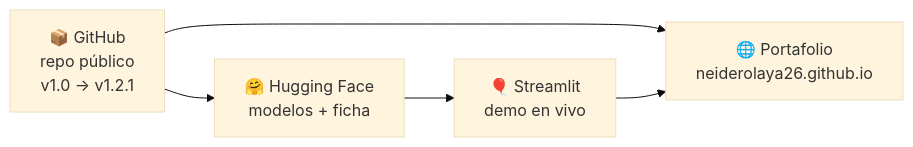
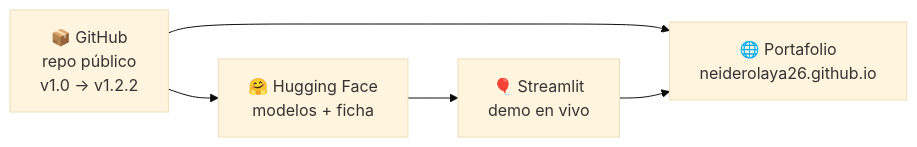
The fifth of 5 diagrams in docs/guia.md (neiderolaya26/credit-risk-agent-lab), drawn with Mermaid (base theme) before and after one commit. The commit also changed other lines of this file and 4 other files, not shown here.

````diff
--- a/docs/guia.md
+++ b/docs/guia.md
@@ -367,7 +367,7 @@
 ```mermaid
 flowchart LR
-    R["📦 GitHub<br/>repo público<br/>v1.0 → v1.2.1"] --> HF["🤗 Hugging Face<br/>modelos + ficha"]
+    R["📦 GitHub<br/>repo público<br/>v1.0 → v1.2.2"] --> HF["🤗 Hugging Face<br/>modelos + ficha"]
     HF --> ST["🎈 Streamlit<br/>demo en vivo"]
     R --> W["🌐 Portafolio<br/>neiderolaya26.github.io"]
     ST --> W
 ```
````
